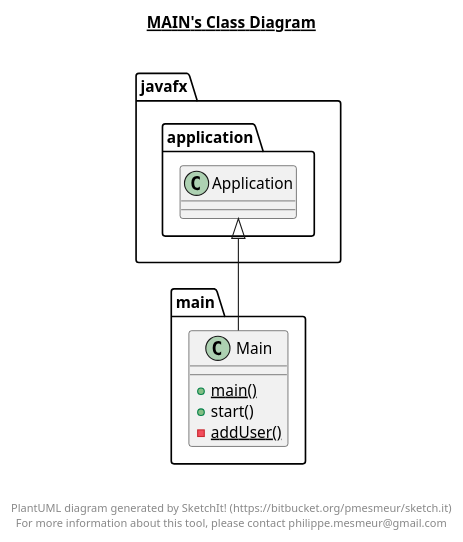
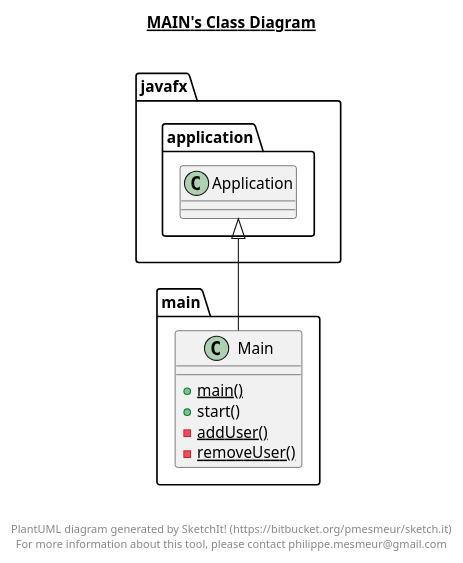
Before and after one commit to Liffex/Diplom: the diagram in src/main/main.plantuml, drawn with PlantUML. The commit also changed 8 other files, not shown here.

```diff
--- a/src/main/main.plantuml
+++ b/src/main/main.plantuml
@@ -1,24 +1,25 @@
 @startuml
 
 title __MAIN's Class Diagram__\n
 
   namespace main {
     class main.Main {
         {static} + main()
         + start()
         {static} - addUser()
+        {static} - removeUser()
     }
   }
   
 
   main.Main -up-|> javafx.application.Application
 
 
 right footer
 
 
 PlantUML diagram generated by SketchIt! (https://bitbucket.org/pmesmeur/sketch.it)
 For more information about this tool, please contact philippe.mesmeur@gmail.com
 endfooter
 
 @enduml
```
